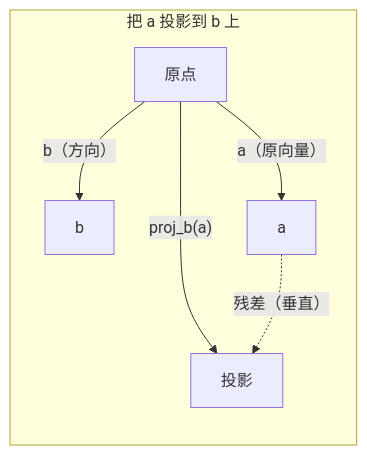
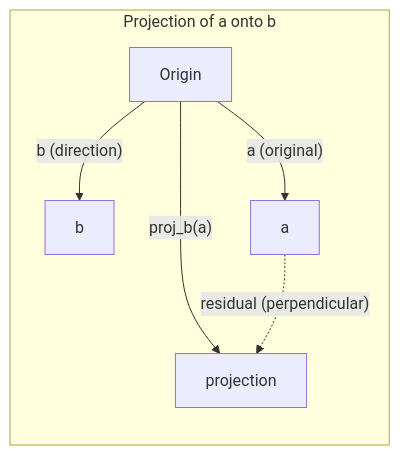
The second of 2 diagrams in phases/01-math-foundations/01-linear-algebra-intuition/docs/zh.md (omigaZen/ai-engineering-from-scratch), drawn with Mermaid before and after one commit. The commit also changed other lines of this file and 32 other files, not shown here.

````diff
--- a/phases/01-math-foundations/01-linear-algebra-intuition/docs/zh.md
+++ b/phases/01-math-foundations/01-linear-algebra-intuition/docs/zh.md
@@ -136,10 +136,10 @@
 ```mermaid
 graph LR
-    subgraph Projection["把 a 投影到 b 上"]
+    subgraph Projection["Projection of a onto b"]
         direction TB
-        O["原点"] --> |"b（方向）"| B["b"]
-        O --> |"a（原向量）"| A["a"]
-        O --> |"proj_b(a)"| P["投影"]
-        A -.-> |"残差（垂直）"| P
+        O["Origin"] --> |"b (direction)"| B["b"]
+        O --> |"a (original)"| A["a"]
+        O --> |"proj_b(a)"| P["projection"]
+        A -.-> |"residual (perpendicular)"| P
     end
 ```
````
